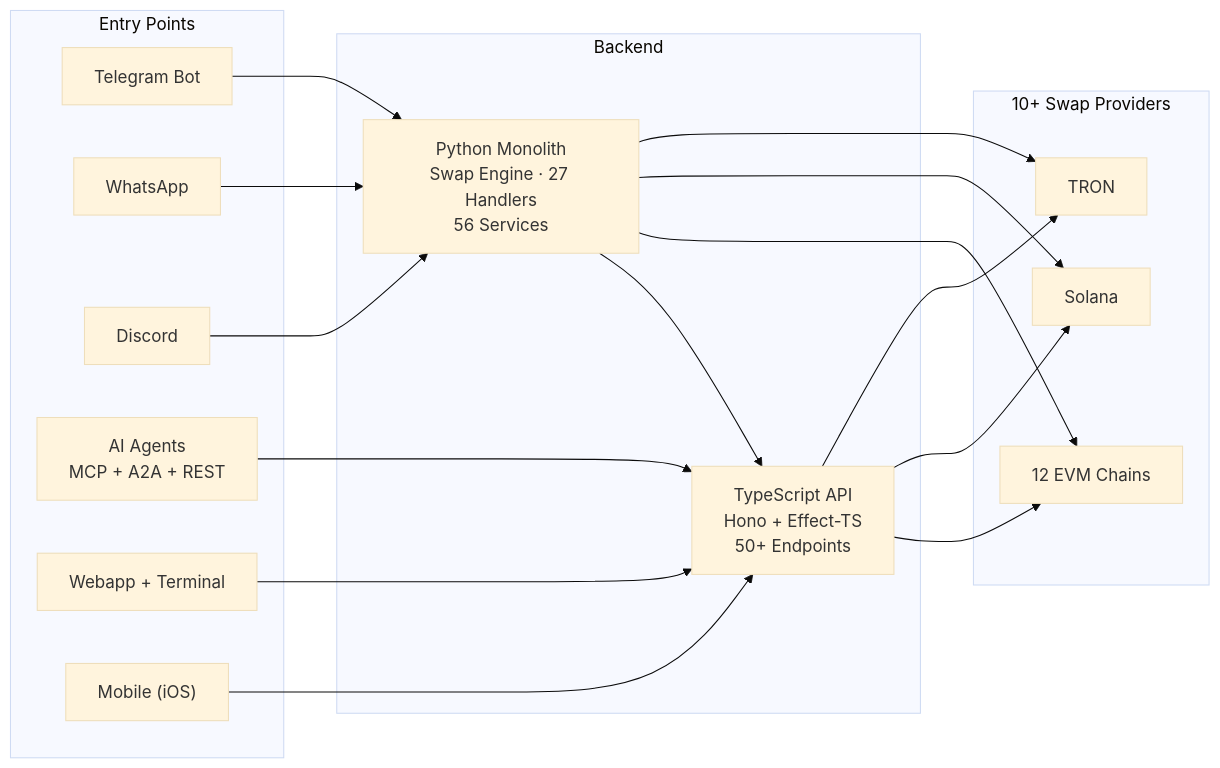
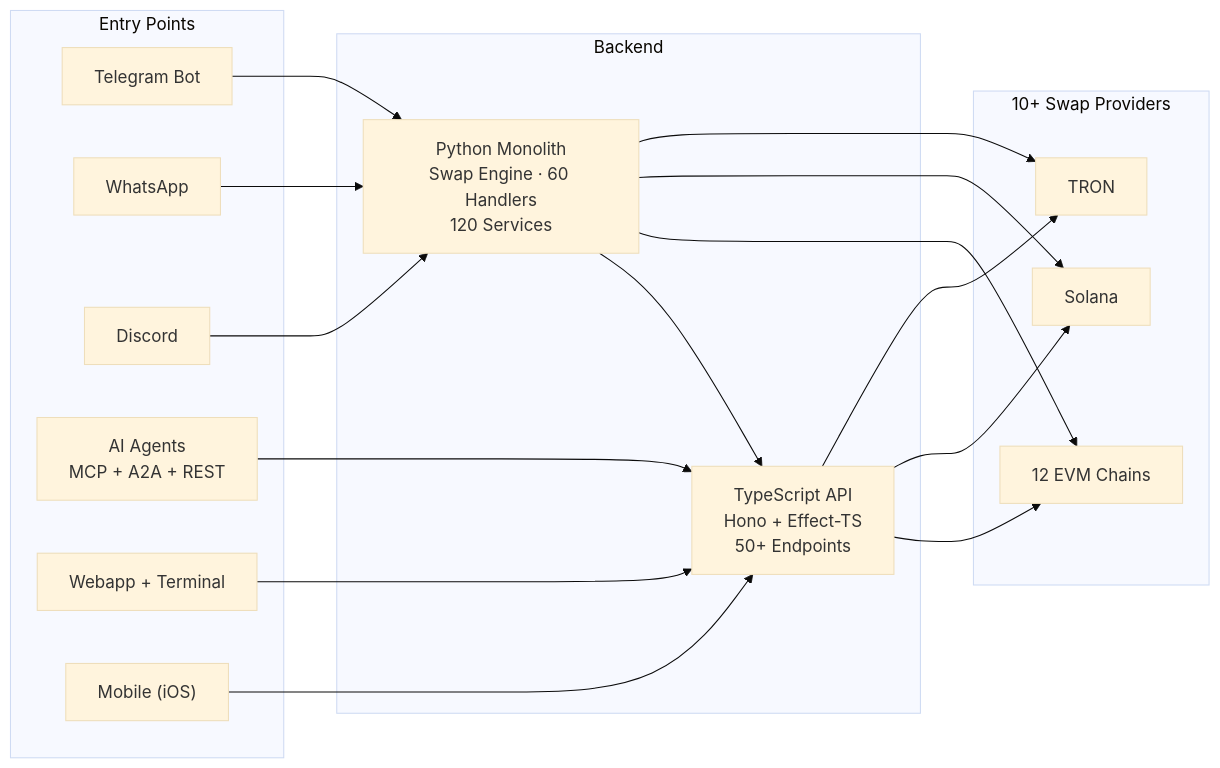
One commit to 0xSoftBoi/suwappubot changed the diagram in README.md. Above: the diagram before and after it, drawn with Mermaid (base theme). The commit also changed other lines of this file, not shown here.

````diff
--- a/README.md
+++ b/README.md
@@ -27,28 +27,28 @@
 ```mermaid
 flowchart LR
     subgraph Clients["Entry Points"]
         TG["Telegram Bot"]
         WA["WhatsApp"]
         DC["Discord"]
         AI["AI Agents\nMCP + A2A + REST"]
         Web["Webapp + Terminal"]
         Mob["Mobile (iOS)"]
     end
 
     subgraph Backend["Backend"]
-        Bot["Python Monolith\nSwap Engine · 27 Handlers\n56 Services"]
+        Bot["Python Monolith\nSwap Engine · 60 Handlers\n120 Services"]
         API["TypeScript API\nHono + Effect-TS\n50+ Endpoints"]
     end
 
     subgraph Providers["10+ Swap Providers"]
         EVM["12 EVM Chains"]
         SOL["Solana"]
         TRON["TRON"]
     end
 
     TG & WA & DC --> Bot
     AI & Web & Mob --> API
     Bot --> API
     API --> EVM & SOL & TRON
     Bot --> EVM & SOL & TRON
 ```
````
